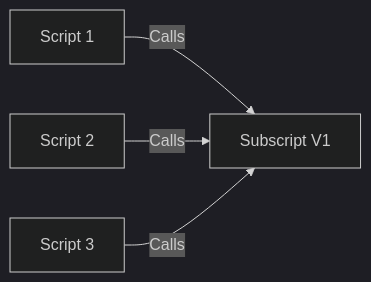
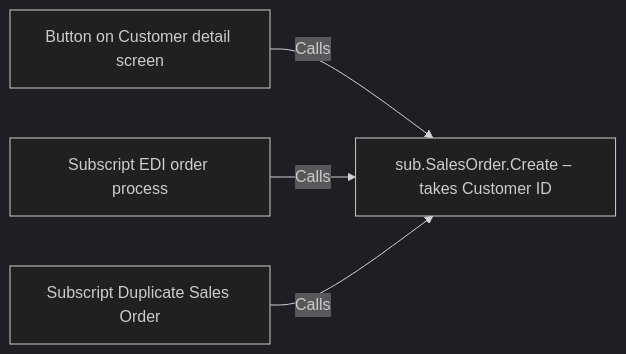
The diagram in Script_Folders_Module.md (CloudChi/FX-Framework), drawn with Mermaid (dark theme) before and after one commit. The commit also changed other lines of this file, not shown here.

````diff
--- a/Script_Folders_Module.md
+++ b/Script_Folders_Module.md
@@ -48,6 +49,6 @@
 ```mermaid
 graph LR
-  A[Script 1] -- Calls --> F[Subscript V1] 
-  B[Script 2] -- Calls --> F
-  C[Script 3] -- Calls --> F
+  A[Button on Customer detail screen] -- Calls --> F[sub.SalesOrder.Create – takes Customer ID] 
+  B[Subscript EDI order process] -- Calls --> F
+  C[Subscript Duplicate Sales Order] -- Calls --> F
 ```
````
